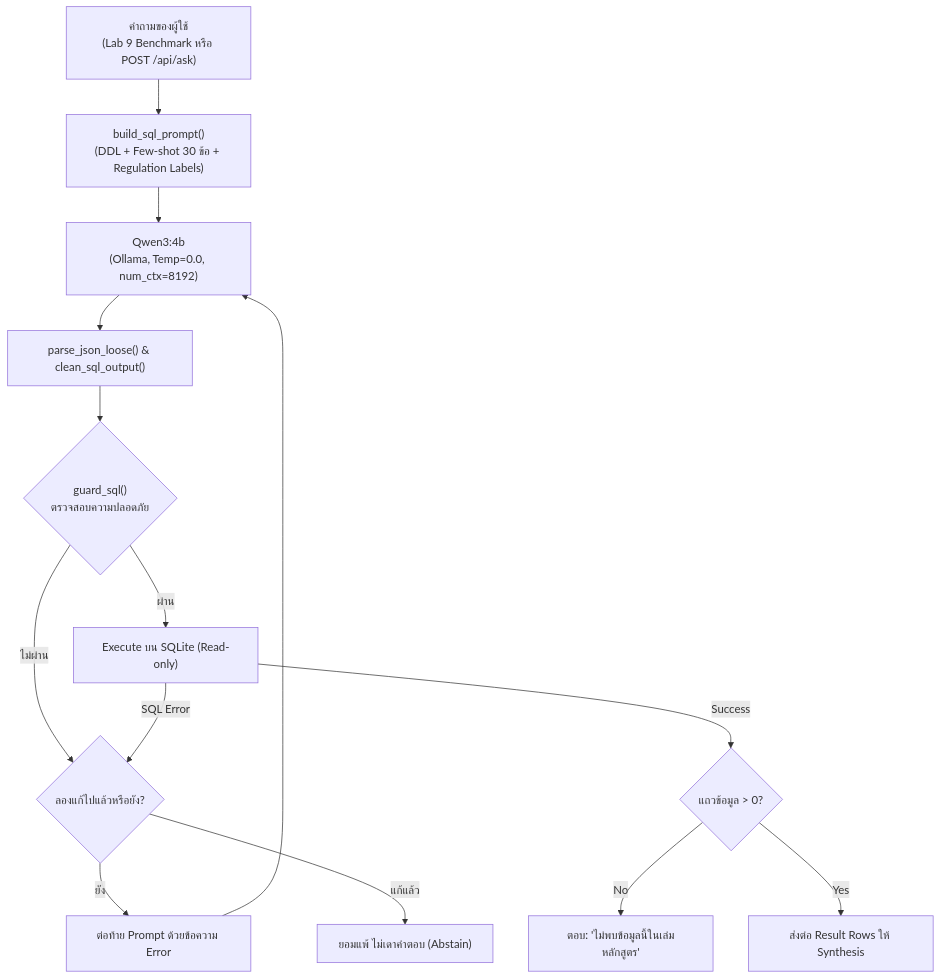
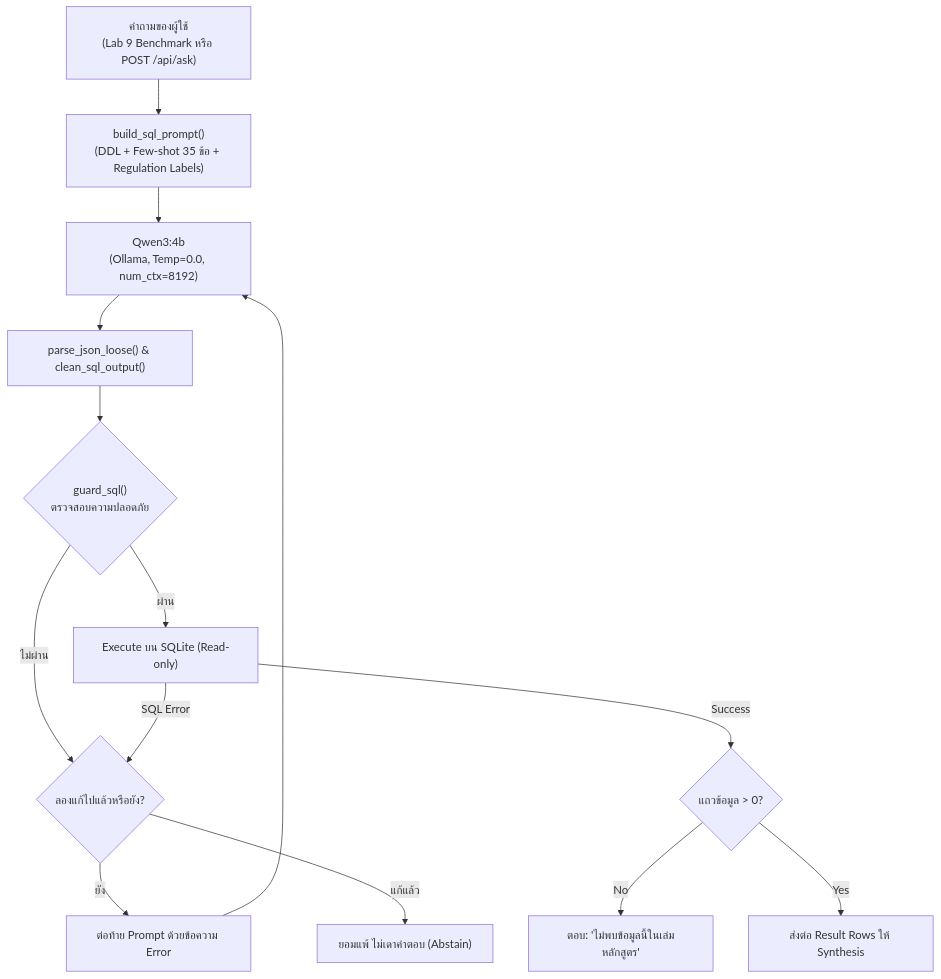
The fourth of 7 diagrams in sysdoc.md (dewy-cloud/isd-2026-luksuitpiti-10), drawn with Mermaid before and after one commit. The commit also changed other lines of this file and 4 other files, not shown here.

````diff
--- a/sysdoc.md
+++ b/sysdoc.md
@@ -318,15 +318,15 @@
 ```mermaid
 flowchart TD
-    Q["คำถามของผู้ใช้<br/>(Lab 9 Benchmark หรือ POST /api/ask)"] --> INJECT["build_sql_prompt()<br/>(DDL + Few-shot 30 ข้อ + Regulation Labels)"]
+    Q["คำถามของผู้ใช้<br/>(Lab 9 Benchmark หรือ POST /api/ask)"] --> INJECT["build_sql_prompt()<br/>(DDL + Few-shot 35 ข้อ + Regulation Labels)"]
     INJECT --> LLM["Qwen3:4b<br/>(Ollama, Temp=0.0, num_ctx=8192)"]
     LLM --> PARSE["parse_json_loose() & clean_sql_output()"]
     PARSE --> GUARD{"guard_sql()<br/>ตรวจสอบความปลอดภัย"}
     GUARD -- "ไม่ผ่าน" --> RETRY{"ลองแก้ไปแล้วหรือยัง?"}
     GUARD -- "ผ่าน" --> RUN["Execute บน SQLite (Read-only)"]
     RUN -- "SQL Error" --> RETRY
     RETRY -- "ยัง" --> FEEDBACK["ต่อท้าย Prompt ด้วยข้อความ Error"] --> LLM
     RETRY -- "แก้แล้ว" --> FAIL["ยอมแพ้ ไม่เดาคำตอบ (Abstain)"]
     RUN -- "Success" --> ROWS{"แถวข้อมูล > 0?"}
     ROWS -- No --> NO_DATA["ตอบ: 'ไม่พบข้อมูลนี้ในเล่มหลักสูตร'"]
     ROWS -- Yes --> PASS_ROWS["ส่งต่อ Result Rows ให้ Synthesis"]
 ```
````
